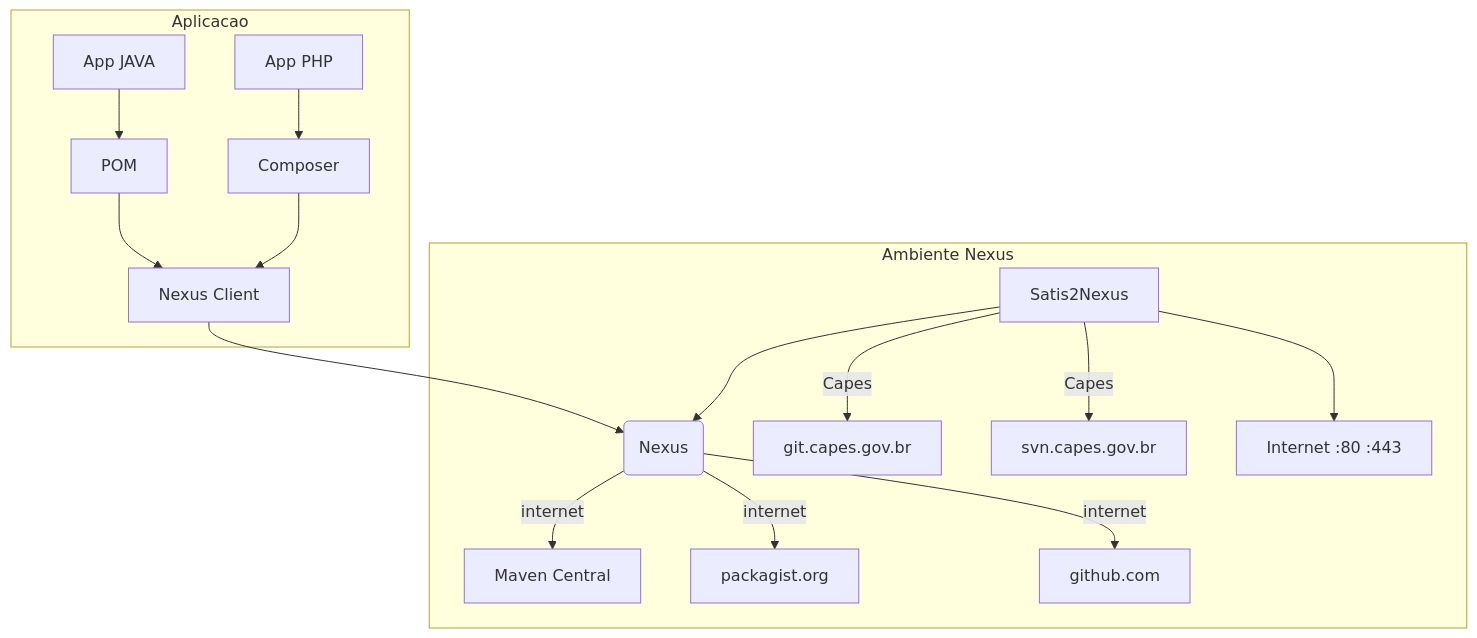
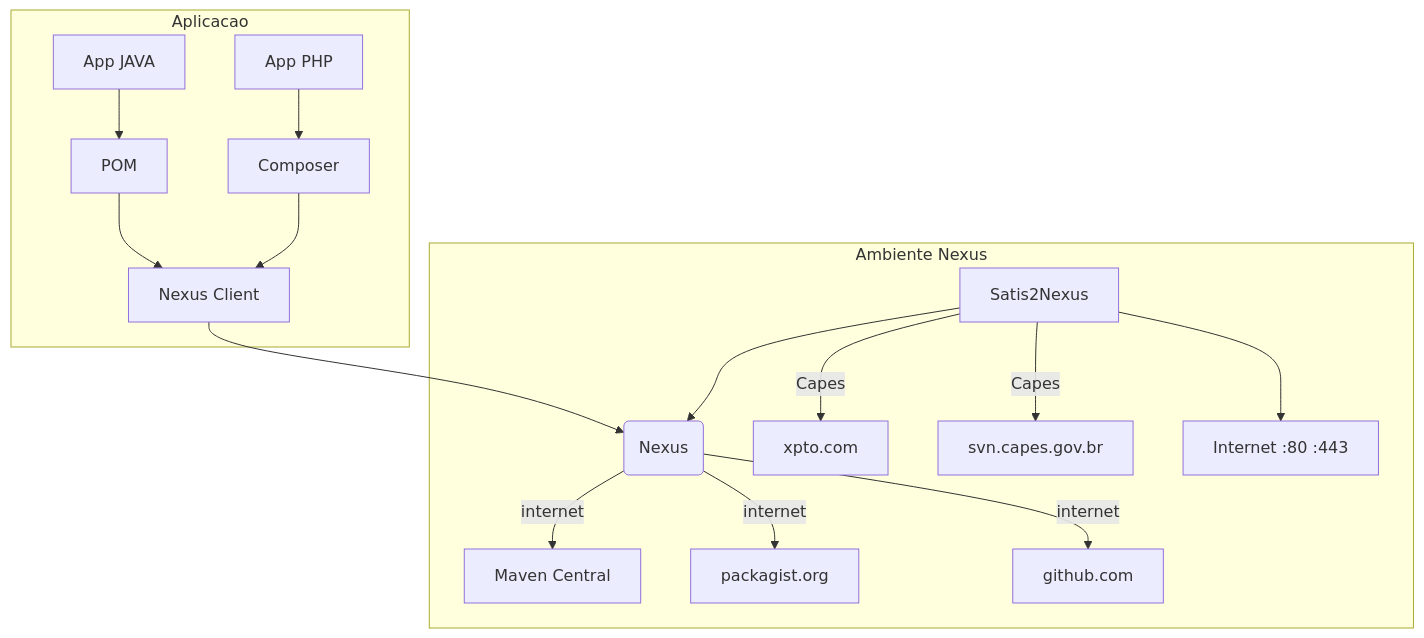
The diagram in arquitetura/ferramentas/nexus.md (CAPES/guia), drawn with Mermaid before and after one commit. The commit also changed other lines of this file and 45 other files, not shown here.

````diff
--- a/arquitetura/ferramentas/nexus.md
+++ b/arquitetura/ferramentas/nexus.md
@@ -5,21 +5,21 @@
 ```mermaid
 graph TB
 SubGraph1 --> SubGraph1Flow
   subgraph "Ambiente Nexus"
   SubGraph1Flow(Nexus)
   SubGraph1Flow -- internet --> pomCentral[Maven Central]
   SubGraph1Flow -- internet --> packagist[packagist.org]
   SubGraph1Flow -- internet --> github[github.com]
-  Satis2Nexus -- Capes --> gitlab[git.capes.gov.br]
+  Satis2Nexus -- Capes --> gitlab[xpto.com]
   Satis2Nexus -- Capes --> svn[svn.capes.gov.br]
   Satis2Nexus --> internet[Internet :80 :443]
   Satis2Nexus --> SubGraph1Flow
 end
 
 subgraph "Aplicacao"
   JAVA[App JAVA] --> POM
   POM --> SubGraph1[Nexus]
   PHP[App PHP] --> Composer
   Composer --> SubGraph1[Nexus Client]
 end
 ```
````
